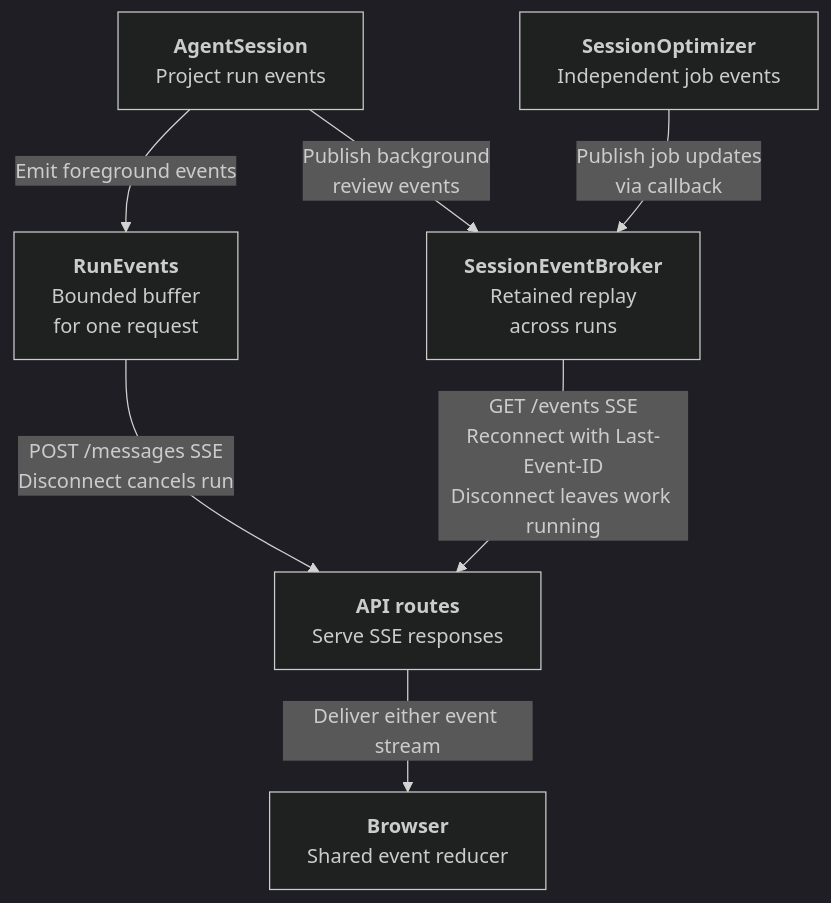
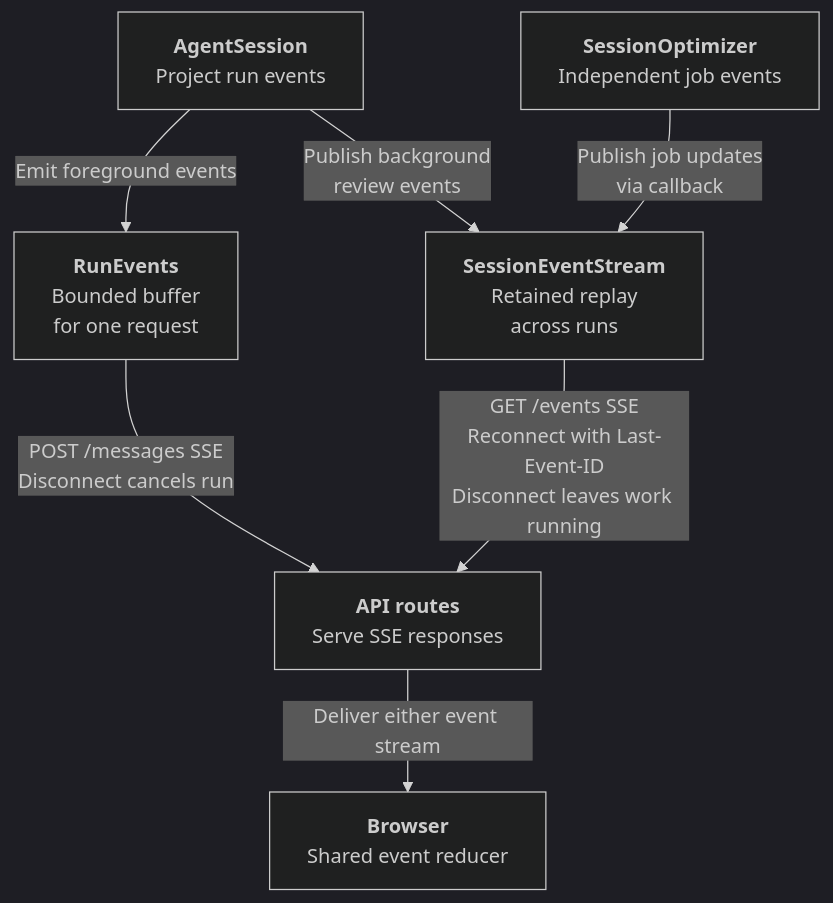
One commit to j3soon/nurse-scheduling changed the fourth of 15 diagrams in docs/content/developer-guide/ai-assistant.md. Above: the diagram before and after it, drawn with Mermaid (dark theme). The commit also changed other lines of this file and 5 other files, not shown here.

First line of the commit message:
refactor(core/ai): rename session event stream

````diff
--- a/docs/content/developer-guide/ai-assistant.md
+++ b/docs/content/developer-guide/ai-assistant.md
@@ -159,16 +159,16 @@
 ```mermaid
 flowchart TB
     Session[<b>AgentSession</b><br/>Project run events]
     Jobs[<b>SessionOptimizer</b><br/>Independent job events]
     Foreground[<b>RunEvents</b><br/>Bounded buffer<br/>for one request]
-    Events[<b>SessionEventBroker</b><br/>Retained replay<br/>across runs]
+    Events[<b>SessionEventStream</b><br/>Retained replay<br/>across runs]
     Routes[<b>API routes</b><br/>Serve SSE responses]
     Browser[<b>Browser</b><br/>Shared event reducer]
 
     Session -->|Emit foreground events| Foreground
     Session -->|Publish background<br/>review events| Events
     Jobs -->|Publish job updates<br/>via callback| Events
     Foreground -->|POST /messages SSE<br/>Disconnect cancels run| Routes
     Events -->|GET /events SSE<br/>Reconnect with Last-Event-ID<br/>Disconnect leaves work running| Routes
     Routes -->|Deliver either event stream| Browser
 ```
````
